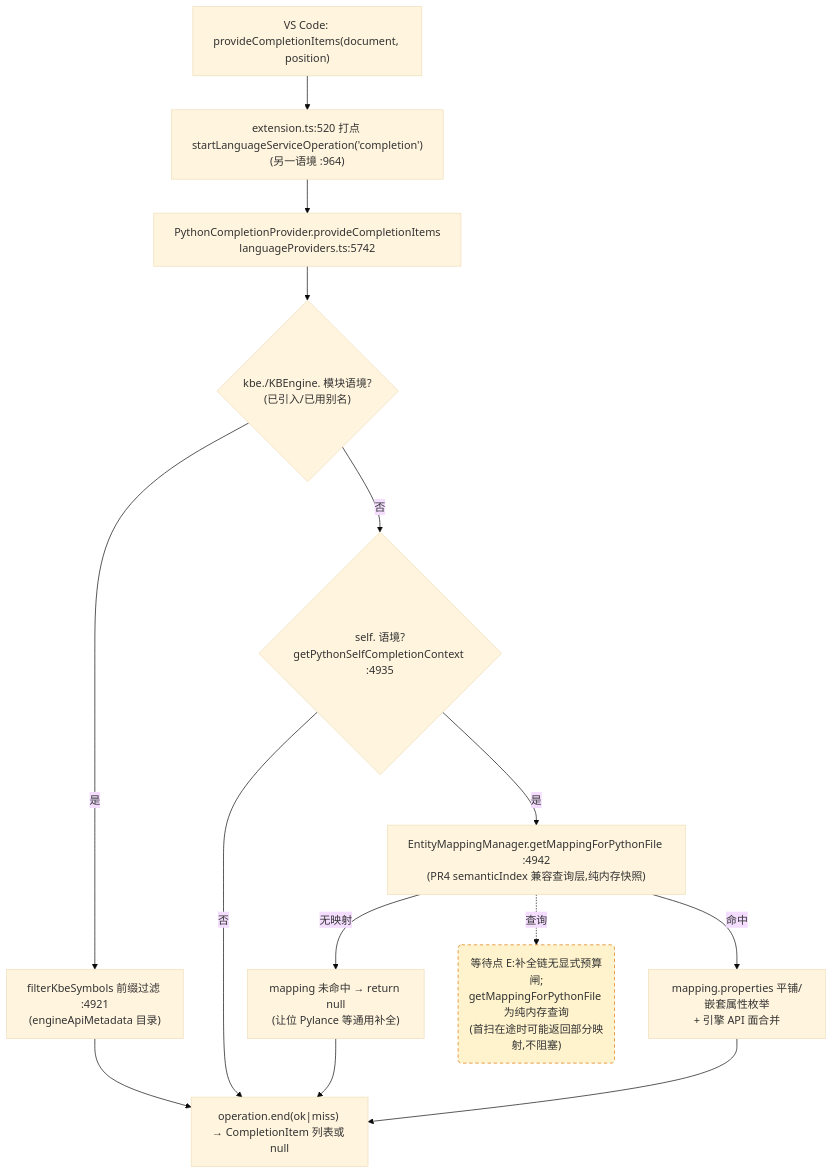
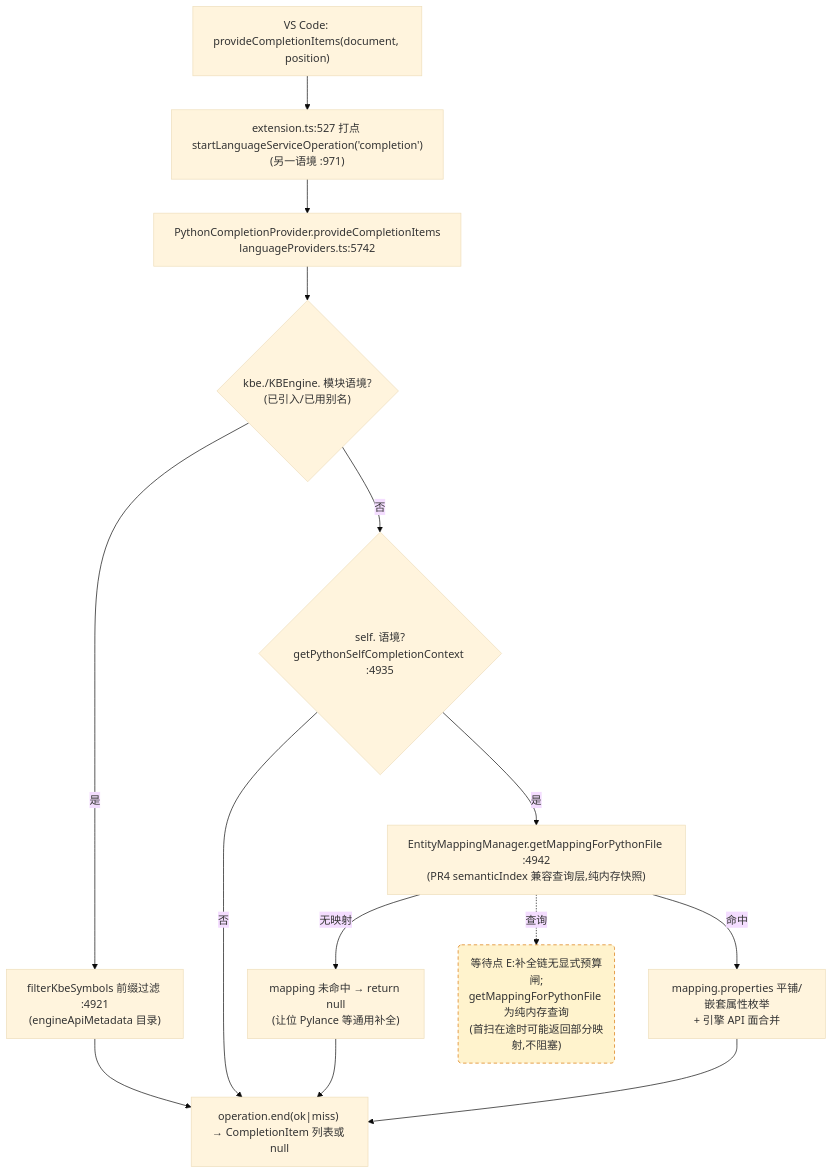
The third of 4 diagrams in docs/perf/2026-baseline.md (cuihairu/kode), drawn with Mermaid (base theme) before and after one commit. The commit also changed other lines of this file and 11 other files, not shown here.

Commit message:
feat: add python language service status check

````diff
--- a/docs/perf/2026-baseline.md
+++ b/docs/perf/2026-baseline.md
@@ -184,27 +184,27 @@
 ```mermaid
 flowchart TD
   VC3["VS Code: provideCompletionItems(document, position)"]
-  M3["extension.ts:520 打点 startLanguageServiceOperation('completion')<br/>(另一语境 :964)"]
+  M3["extension.ts:527 打点 startLanguageServiceOperation('completion')<br/>(另一语境 :971)"]
   CP["PythonCompletionProvider.provideCompletionItems<br/>languageProviders.ts:5742"]
   KBEC{"kbe./KBEngine. 模块语境?<br/>(已引入/已用别名)"}
   FILTER["filterKbeSymbols 前缀过滤 :4921<br/>(engineApiMetadata 目录)"]
   SELFC{"self. 语境?<br/>getPythonSelfCompletionContext :4935"}
   MAP["EntityMappingManager.getMappingForPythonFile :4942<br/>(PR4 semanticIndex 兼容查询层,纯内存快照)"]
   NOMAP["mapping 未命中 → return null<br/>(让位 Pylance 等通用补全)"]
   PROPS["mapping.properties 平铺/嵌套属性枚举<br/>+ 引擎 API 面合并"]
   END3["operation.end(ok|miss) → CompletionItem 列表或 null"]
 
   VC3 --> M3 --> CP --> KBEC
   KBEC -- "是" --> FILTER --> END3
   KBEC -- "否" --> SELFC
   SELFC -- "否" --> END3
   SELFC -- "是" --> MAP
   MAP -- "无映射" --> NOMAP --> END3
   MAP -- "命中" --> PROPS --> END3
 
   WAITE("等待点 E:补全链无显式预算闸;<br/>getMappingForPythonFile 为纯内存查询<br/>(首扫在途时可能返回部分映射,不阻塞)")
   MAP -.->|查询| WAITE
 
   classDef waitPoint fill:#fff3cd,stroke:#d97706,stroke-dasharray:5 4;
   class WAITE waitPoint;
 ```
````
